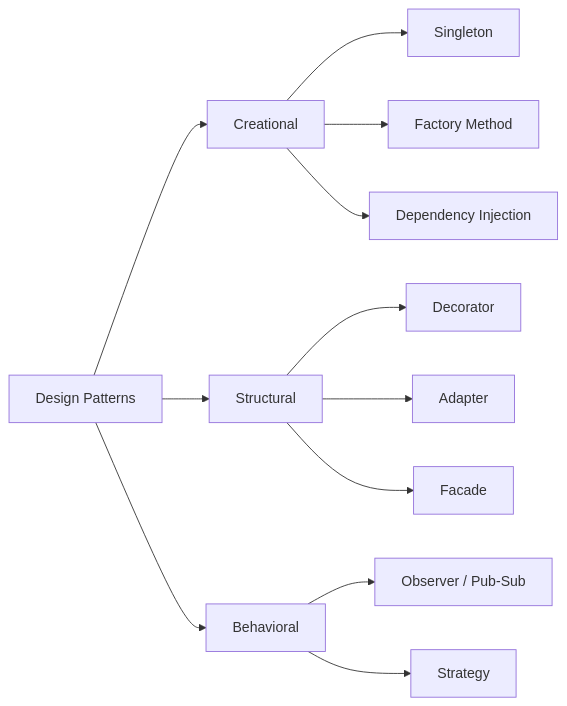
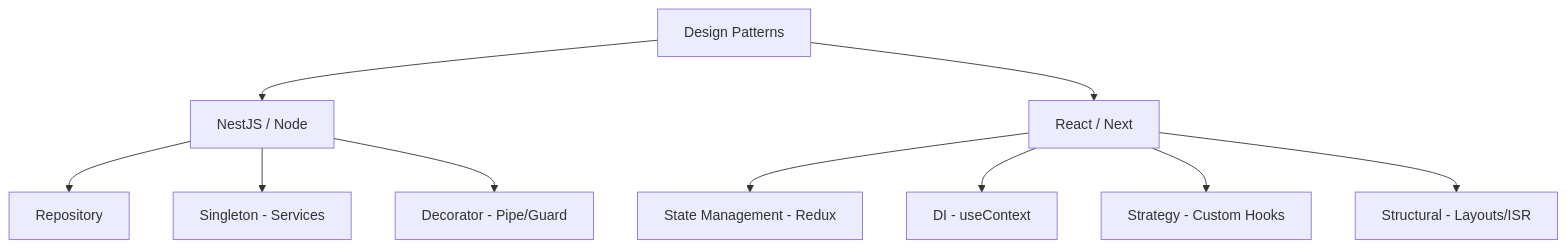
Before and after one commit to alvianzf/introduction-to-nest: the second of 2 diagrams in EXTRA_DESIGN_PATTERNS.md, drawn with Mermaid. The commit also changed other lines of this file, not shown here.

Commit message:
Day 7 - Final: Expand Design Patterns guide to Full-Stack (React, Redux, Next.js)

````diff
--- a/EXTRA_DESIGN_PATTERNS.md
+++ b/EXTRA_DESIGN_PATTERNS.md
@@ -82,17 +93,14 @@
 ```mermaid
-graph LR
-    Patterns[Design Patterns] --> Creational
-    Patterns --> Structural
-    Patterns --> Behavioral
+graph TD
+    Patterns[Design Patterns] --> Backend[NestJS / Node]
+    Patterns --> Frontend[React / Next]
 
-    Creational --> Singleton[Singleton]
-    Creational --> Factory[Factory Method]
-    Creational --> DI[Dependency Injection]
+    Backend --> BR[Repository]
+    Backend --> BS[Singleton - Services]
+    Backend --> BD[Decorator - Pipe/Guard]
 
-    Structural --> Decorator[Decorator]
-    Structural --> Adapter[Adapter]
-    Structural --> Facade[Facade]
-
-    Behavioral --> Observer[Observer / Pub-Sub]
-    Behavioral --> Strategy[Strategy]
+    Frontend --> FR[State Management - Redux]
+    Frontend --> FD[DI - useContext]
+    Frontend --> FS[Strategy - Custom Hooks]
+    Frontend --> FN[Structural - Layouts/ISR]
 ```
````
